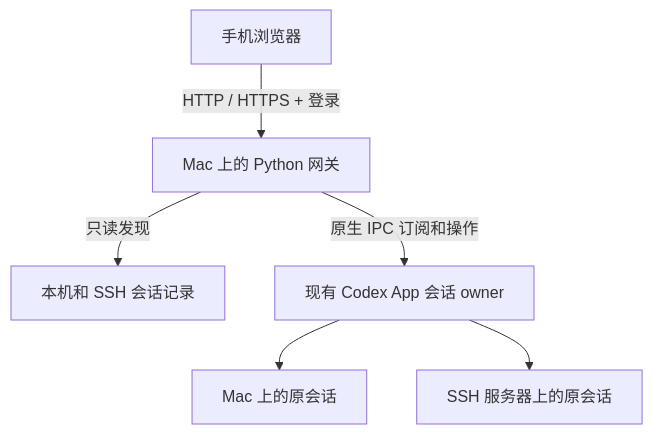
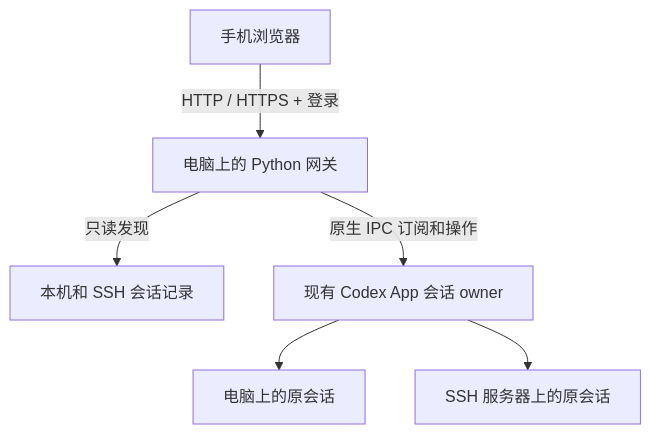
Before and after one commit to 702165405/codex-mobile-bridge: the diagram in README.md, drawn with Mermaid. The commit also changed other lines of this file and 3 other files, not shown here.

````diff
--- a/README.md
+++ b/README.md
@@ -166,8 +202,8 @@
 ```mermaid
 flowchart TD
-    Phone[手机浏览器] -->|HTTP / HTTPS + 登录|Gateway[Mac 上的 Python 网关]
+    Phone[手机浏览器] -->|HTTP / HTTPS + 登录|Gateway[电脑上的 Python 网关]
     Gateway -->|只读发现|Records[本机和 SSH 会话记录]
     Gateway -->|原生 IPC 订阅和操作|App[现有 Codex App 会话 owner]
-    App --> Local[Mac 上的原会话]
+    App --> Local[电脑上的原会话]
     App --> SSH[SSH 服务器上的原会话]
 ```
````
